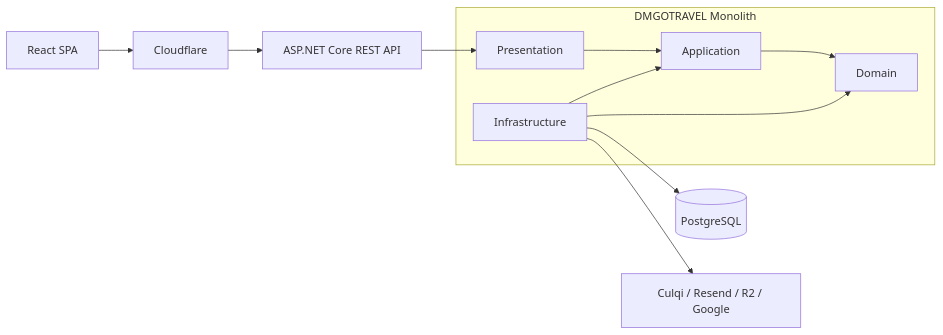
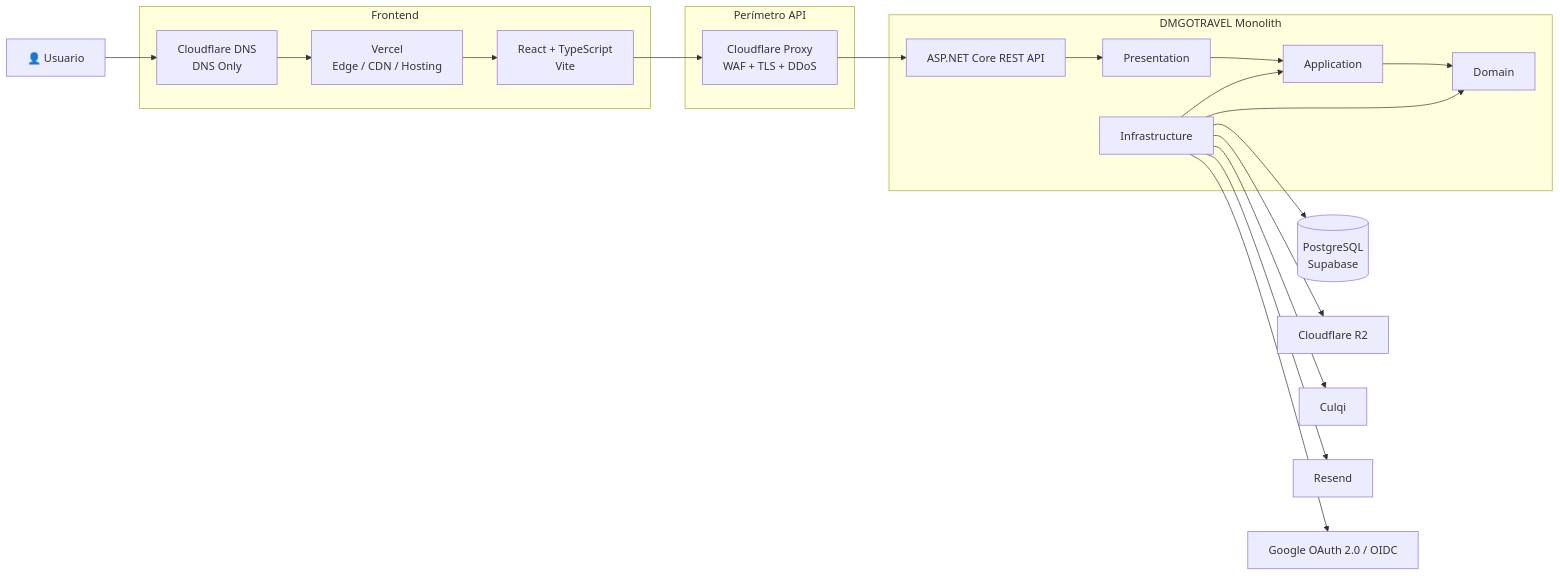
The diagram in arquitectura/estilo-arquitectonico.md (AiColleman/DMGoTravell), drawn with Mermaid before and after one commit. The commit also changed other lines of this file, not shown here.

Commit message:
docs: update architectural style document with detailed descriptions of components and responsibilities

````diff
--- a/arquitectura/estilo-arquitectonico.md
+++ b/arquitectura/estilo-arquitectonico.md
@@ -180,28 +331,49 @@
 ```mermaid
 flowchart LR
 
-    React["React SPA"]
-    Cloudflare["Cloudflare"]
-    API["ASP.NET Core REST API"]
+    USER["👤 Usuario"]
 
-    subgraph Monolith["DMGOTRAVEL Monolith"]
+    subgraph FRONT["Frontend"]
+        DNS["Cloudflare DNS<br/>DNS Only"]
+        VERCEL["Vercel<br/>Edge / CDN / Hosting"]
+        REACT["React + TypeScript<br/>Vite"]
+
+        DNS --> VERCEL
+        VERCEL --> REACT
+    end
+
+    subgraph EDGE["Perímetro API"]
+        CF["Cloudflare Proxy<br/>WAF + TLS + DDoS"]
+    end
+
+    subgraph MONO["DMGOTRAVEL Monolith"]
+        API["ASP.NET Core REST API"]
+
         Presentation["Presentation"]
         Application["Application"]
         Domain["Domain"]
         Infrastructure["Infrastructure"]
 
+        API --> Presentation
         Presentation --> Application
         Application --> Domain
         Infrastructure --> Application
         Infrastructure --> Domain
     end
 
-    DB[("PostgreSQL")]
-    External["Culqi / Resend / R2 / Google"]
+    DB[("PostgreSQL<br/>Supabase")]
+    R2["Cloudflare R2"]
+    CULQI["Culqi"]
+    RESEND["Resend"]
+    GOOGLE["Google OAuth 2.0 / OIDC"]
 
-    React --> Cloudflare
-    Cloudflare --> API
-    API --> Presentation
+    USER --> DNS
+    REACT --> CF
+    CF --> API
+
     Infrastructure --> DB
-    Infrastructure --> External
+    Infrastructure --> R2
+    Infrastructure --> CULQI
+    Infrastructure --> RESEND
+    Infrastructure --> GOOGLE
 ```
````
